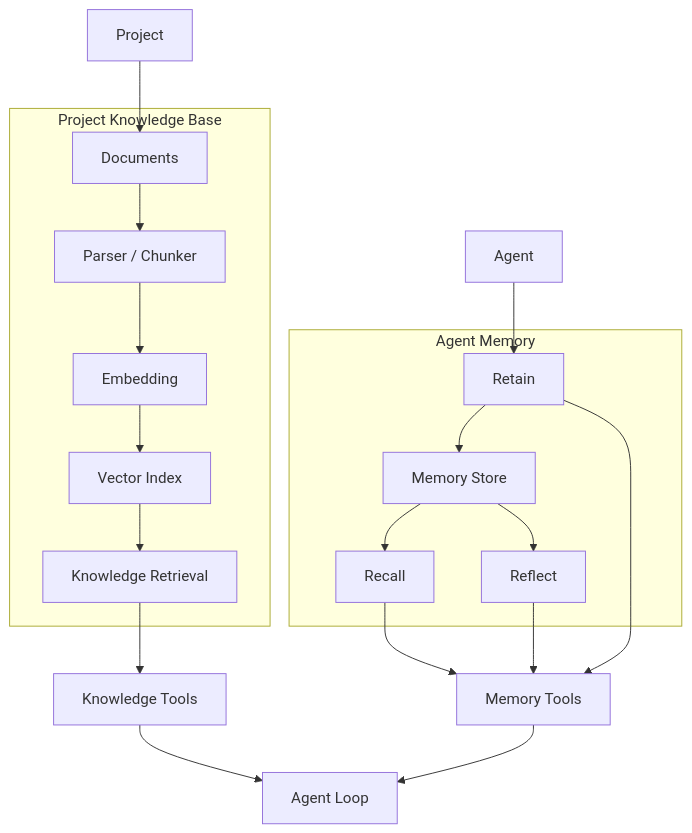
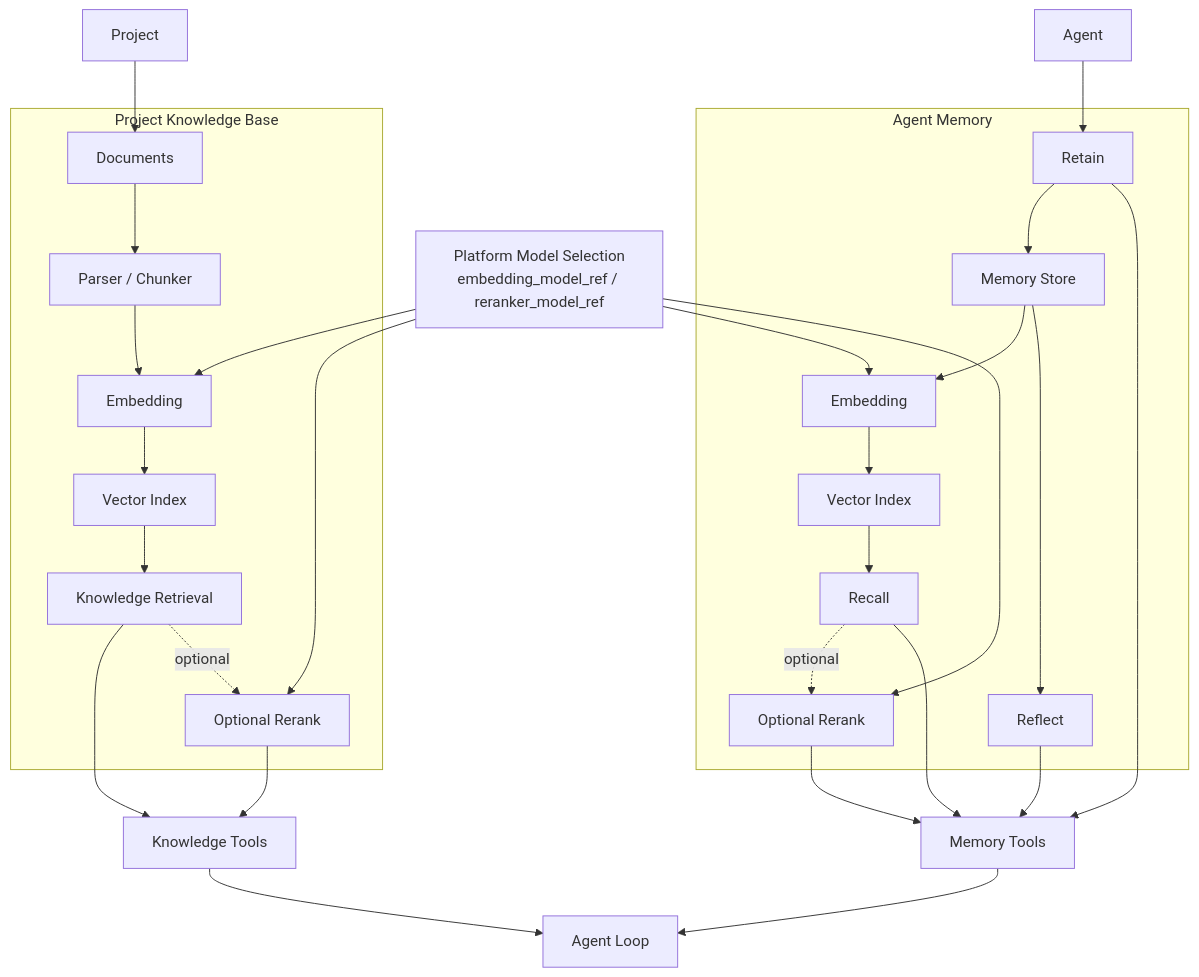
One commit to LunaDeerTech/agenteam changed the first of 2 diagrams in docs/architecture/knowledge-memory.md. Above: the diagram before and after it, drawn with Mermaid. The commit also changed other lines of this file and 7 other files, not shown here.

````diff
--- a/docs/architecture/knowledge-memory.md
+++ b/docs/architecture/knowledge-memory.md
@@ -20,37 +20,54 @@
 ```mermaid
 flowchart TB
+    Selection["Platform Model Selection<br/>embedding_model_ref / reranker_model_ref"]
+
     subgraph KB["Project Knowledge Base"]
         Docs["Documents"]
         Parser["Parser / Chunker"]
-        Embed["Embedding"]
-        Vector["Vector Index"]
-        Search["Knowledge Retrieval"]
+        KBEmbed["Embedding"]
+        KBVector["Vector Index"]
+        KBSearch["Knowledge Retrieval"]
+        KBRank["Optional Rerank"]
     end
 
     subgraph MEM["Agent Memory"]
         Retain["Retain"]
+        MemoryStore["Memory Store"]
+        MemEmbed["Embedding"]
+        MemVector["Vector Index"]
         Recall["Recall"]
+        MemRank["Optional Rerank"]
         Reflect["Reflect"]
-        MemoryStore["Memory Store"]
     end
 
     Project["Project"] --> Docs
 
     Docs --> Parser
-    Parser --> Embed
-    Embed --> Vector
-    Vector --> Search
+    Parser --> KBEmbed
+    KBEmbed --> KBVector
+    KBVector --> KBSearch
+    KBSearch --> KnowledgeTool
+    KBSearch -. optional .-> KBRank
 
     Agent["Agent"] --> Retain
     Retain --> MemoryStore
-    MemoryStore --> Recall
+    MemoryStore --> MemEmbed
+    MemEmbed --> MemVector
+    MemVector --> Recall
     MemoryStore --> Reflect
+    Recall -. optional .-> MemRank
 
-    Search --> KnowledgeTool["Knowledge Tools"]
+    Selection --> KBEmbed
+    Selection --> KBRank
+    Selection --> MemEmbed
+    Selection --> MemRank
+
+    KBRank --> KnowledgeTool["Knowledge Tools"]
     Recall --> MemoryTool["Memory Tools"]
+    MemRank --> MemoryTool
     Retain --> MemoryTool
     Reflect --> MemoryTool
 
     KnowledgeTool --> Loop["Agent Loop"]
     MemoryTool --> Loop
 ```
````
